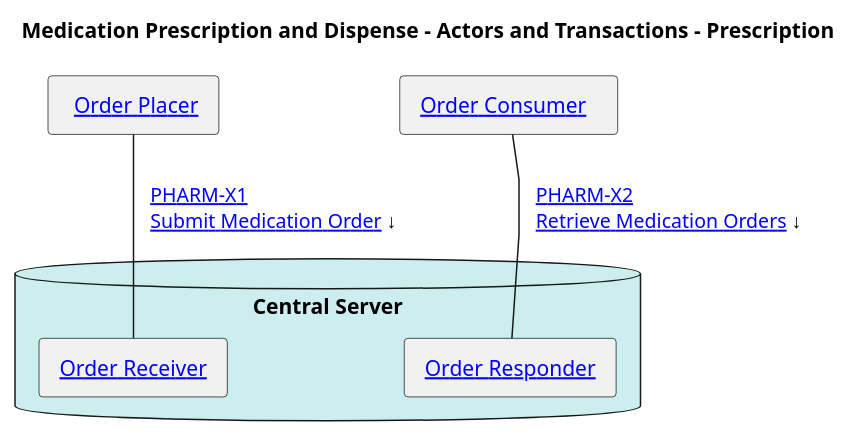
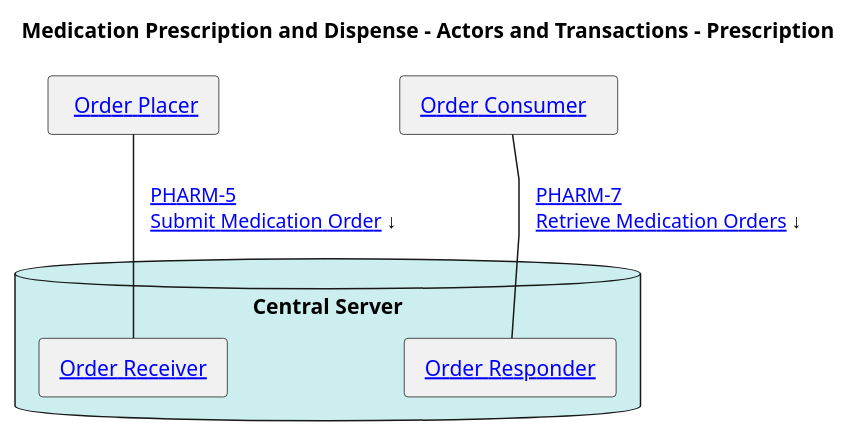
One commit to IHE/pharm-mpd changed the diagram in input/images-source/arch1-central-rx-system.plantuml. Above: the diagram before and after it, drawn with PlantUML. The commit also changed 22 other files, not shown here.

```diff
--- a/input/images-source/arch1-central-rx-system.plantuml
+++ b/input/images-source/arch1-central-rx-system.plantuml
@@ -1,46 +1,38 @@
 @startuml
 '!include ./style.iuml
 skinparam linetype ortho
 skinparam linetype polyline
 
 title Medication Prescription and Dispense - Actors and Transactions - Prescription
 agent "  [[actors_and_transactions.html#order-placer Order Placer ]]" as orderplacer 
 
 database "Central Server" #cee {
 agent " [[actors_and_transactions.html#order-receiver Order Receiver ]]" as orderreceiver 
 agent " [[actors_and_transactions.html#order-receiver Order Responder ]]" as orderresponder 
 }
 
 agent " [[actors_and_transactions.html#OrderConsumer Order Consumer   ]]" as OrderConsumer 
 
 
 'agent "[[actors_and_transactions.html#dipensereceiver Dispense Receiver]]" as dispensereceiver
 'agent "[[actors_and_transactions.html#dipenseresponder Dispense Responder]]" as dispenseresponder 
 
 
-' \n\n   [[PHARM-X2.html PHARM-M2 Supply Response/status]] ↑
-orderplacer -d- orderreceiver : "   [[PHARM-X1.html PHARM-X1\nSubmit Medication Order]] ↓       "
+
+orderplacer -d- orderreceiver : "   [[pharm-5.html PHARM-5\nSubmit Medication Order]] ↓       "
 orderreceiver -[hidden]r- orderresponder : "\t\t\t"
 
 
 'orderresponder -d[hidden]- dispensereceiver
 'orderresponder -r[hidden]- dispensereceiver
 orderresponder -[hidden]r- OrderConsumer
 
 orderplacer -[hidden]r- OrderConsumer : "\t\t\t "
 
 'dispensereceiver -l[hidden]- dispenseresponder : "   "
 
 
-orderresponder -u- OrderConsumer: "   [[PHARM-X1.html PHARM-X2\nRetrieve Medication Orders]] ↓          "
-'OrderConsumer -d- dispensereceiver: "   [[PHARM-X3.html PHARM-X3\nDispense]]↓  "
+orderresponder -u- OrderConsumer: "   [[pharm-7.html PHARM-7\nRetrieve Medication Orders]] ↓          "
 
-' → ↑ ← ↓
 
-'orderresponder -r- dispensereceiver:  "   [[PHARM-X2.html PHARM-X2 Dispense]]  ←   "
-' dispensereceiver -r- dispenseresponder : ""
-
-'OrderConsumer -d- OrderConsumer : "   [[PHARM-M2.html PHARM-M2 Fetch Orders]] ←  "
-'dispenser -[hidden]r- invreporter : "\t\t\t\t\t "
-'invreporter -d- invmanager : "   [[PHARM-M5.html PHARM-M5 Inventory Status]] ↑                  \n\n   [[PHARM-M6.html PHARM-M6 Inventory Update]] ↓                 \n\n[[PHARM-M7.html PHARM-M7 Inventory Query]] ↓\t\t  "
 @enduml
```
